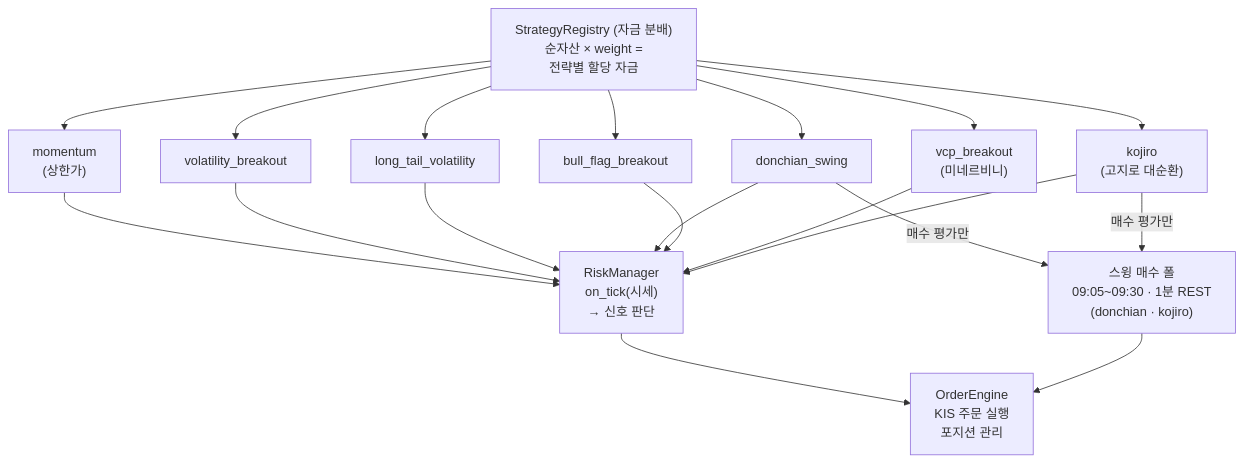
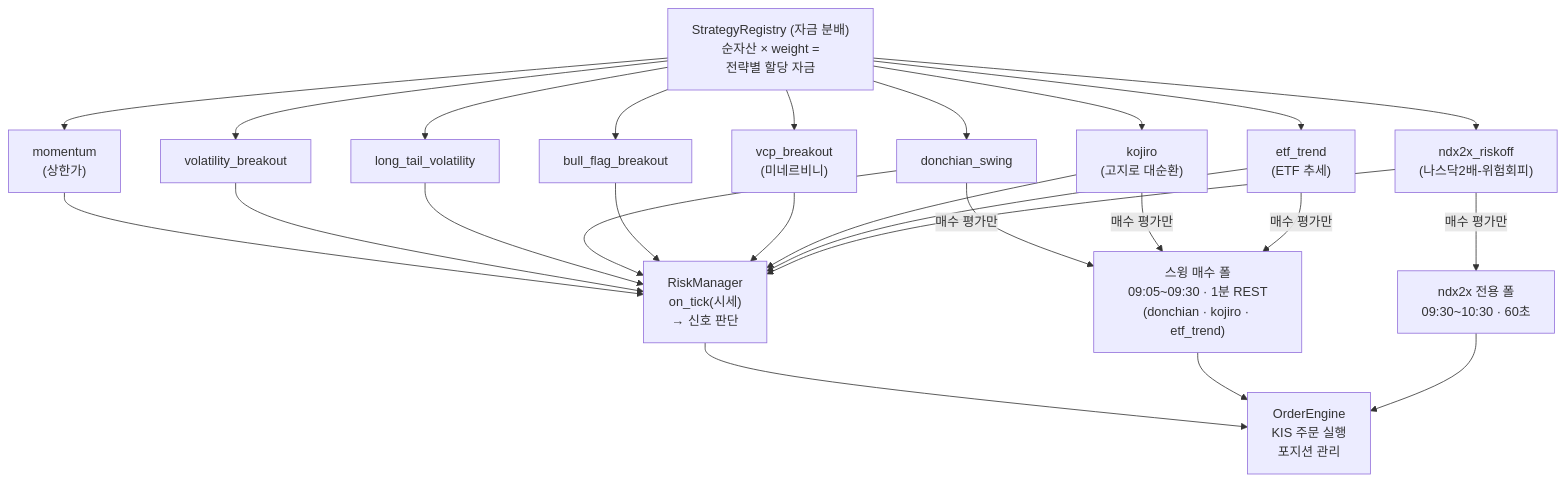
Before and after one commit to canduk910/auto_stock: the second of 7 diagrams in README.md, drawn with Mermaid. The commit also changed other lines of this file and 16 other files, not shown here.

````diff
--- a/README.md
+++ b/README.md
@@ -320,19 +325,24 @@
 ```mermaid
 flowchart TD
     REG["StrategyRegistry (자금 분배)<br/>순자산 × weight =<br/>전략별 할당 자금"]
     M["momentum<br/>(상한가)"]
     VB["volatility_breakout"]
     LTV["long_tail_volatility"]
     DC["donchian_swing"]
     BFB["bull_flag_breakout"]
     VCP["vcp_breakout<br/>(미네르비니)"]
     KJ["kojiro<br/>(고지로 대순환)"]
+    ET["etf_trend<br/>(ETF 추세)"]
+    NX["ndx2x_riskoff<br/>(나스닥2배-위험회피)"]
     RISK["RiskManager<br/>on_tick(시세)<br/>→ 신호 판단"]
-    POLL["스윙 매수 폴<br/>09:05~09:30 · 1분 REST<br/>(donchian · kojiro)"]
+    POLL["스윙 매수 폴<br/>09:05~09:30 · 1분 REST<br/>(donchian · kojiro · etf_trend)"]
+    NPOLL["ndx2x 전용 폴<br/>09:30~10:30 · 60초"]
     ORD["OrderEngine<br/>KIS 주문 실행<br/>포지션 관리"]
-    REG --> M & VB & LTV & DC & BFB & VCP & KJ
-    M & VB & LTV & DC & BFB & VCP & KJ --> RISK
-    DC & KJ -->|"매수 평가만"| POLL
+    REG --> M & VB & LTV & DC & BFB & VCP & KJ & ET & NX
+    M & VB & LTV & DC & BFB & VCP & KJ & ET & NX --> RISK
+    DC & KJ & ET -->|"매수 평가만"| POLL
+    NX -->|"매수 평가만"| NPOLL
     RISK --> ORD
     POLL --> ORD
+    NPOLL --> ORD
 ```
````
